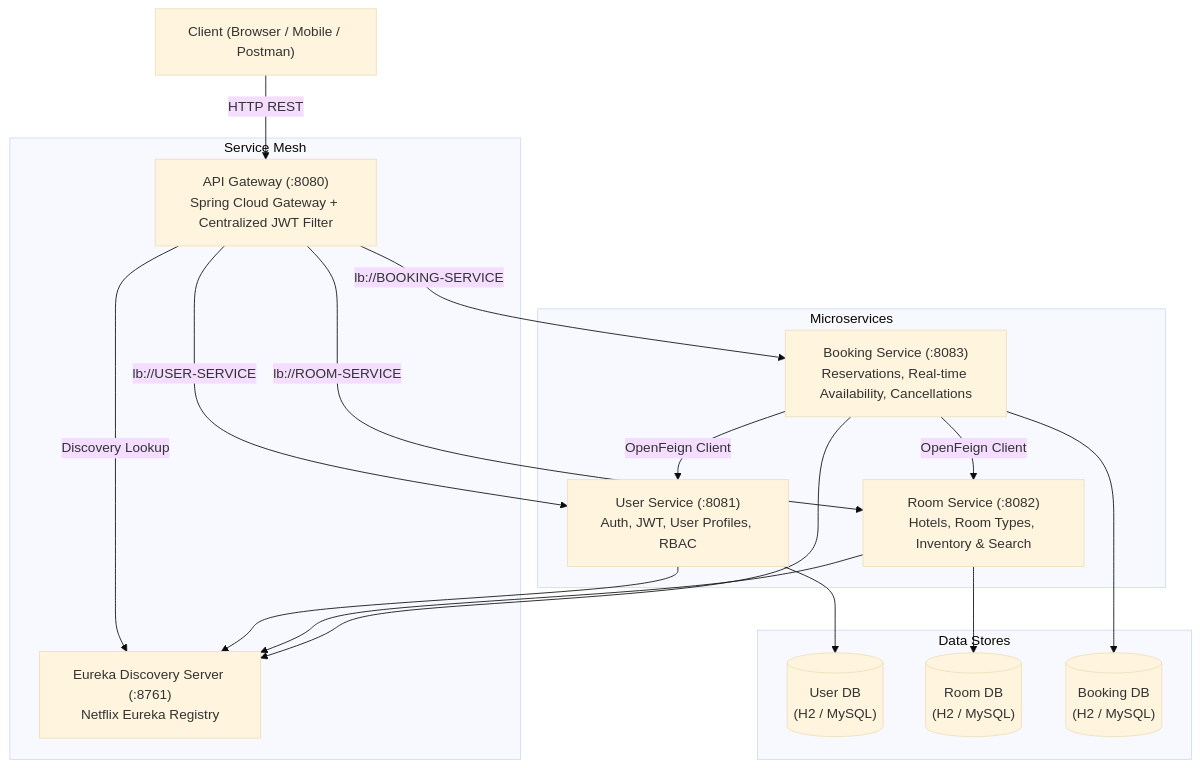
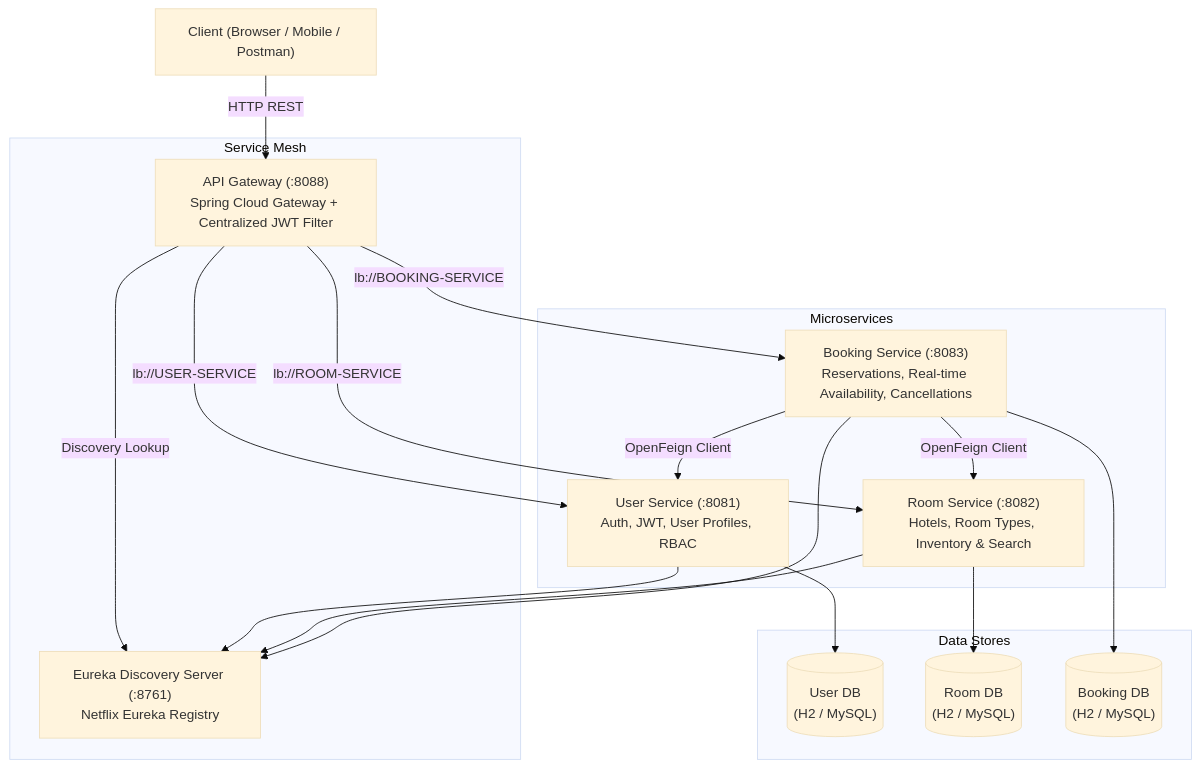
The diagram in README.md (karthikeya-65/-PS04-S57-14-SOA), drawn with Mermaid (base theme) before and after one commit. The commit also changed other lines of this file and 38 other files, not shown here.

````diff
--- a/README.md
+++ b/README.md
@@ -9,38 +9,38 @@
 ```mermaid
 graph TD
     Client["Client (Browser / Mobile / Postman)"]
     
     subgraph Service Mesh
         Eureka["Eureka Discovery Server (:8761)<br/>Netflix Eureka Registry"]
-        Gateway["API Gateway (:8080)<br/>Spring Cloud Gateway + Centralized JWT Filter"]
+        Gateway["API Gateway (:8088)<br/>Spring Cloud Gateway + Centralized JWT Filter"]
     end
     
     subgraph Microservices
         UserService["User Service (:8081)<br/>Auth, JWT, User Profiles, RBAC"]
         RoomService["Room Service (:8082)<br/>Hotels, Room Types, Inventory & Search"]
         BookingService["Booking Service (:8083)<br/>Reservations, Real-time Availability, Cancellations"]
     end
     
     subgraph Data Stores
         UserDB[("User DB<br/>(H2 / MySQL)")]
         RoomDB[("Room DB<br/>(H2 / MySQL)")]
         BookingDB[("Booking DB<br/>(H2 / MySQL)")]
     end
     
     Client -->|HTTP REST| Gateway
     Gateway -->|Discovery Lookup| Eureka
     Gateway -->|lb://USER-SERVICE| UserService
     Gateway -->|lb://ROOM-SERVICE| RoomService
     Gateway -->|lb://BOOKING-SERVICE| BookingService
     
     UserService --> Eureka
     RoomService --> Eureka
     BookingService --> Eureka
     
     BookingService -->|OpenFeign Client| RoomService
     BookingService -->|OpenFeign Client| UserService
     
     UserService --> UserDB
     RoomService --> RoomDB
     BookingService --> BookingDB
 ```
````
